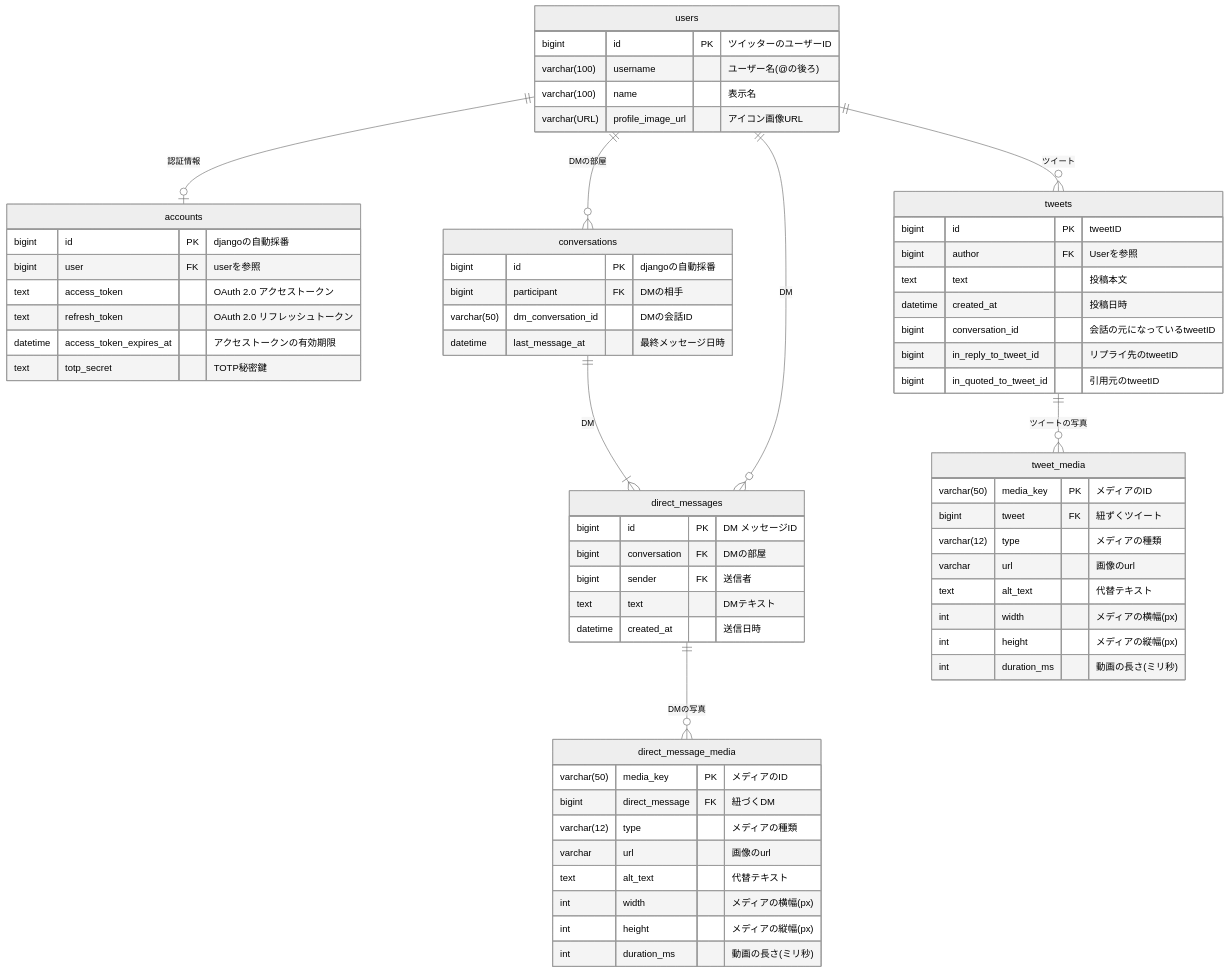
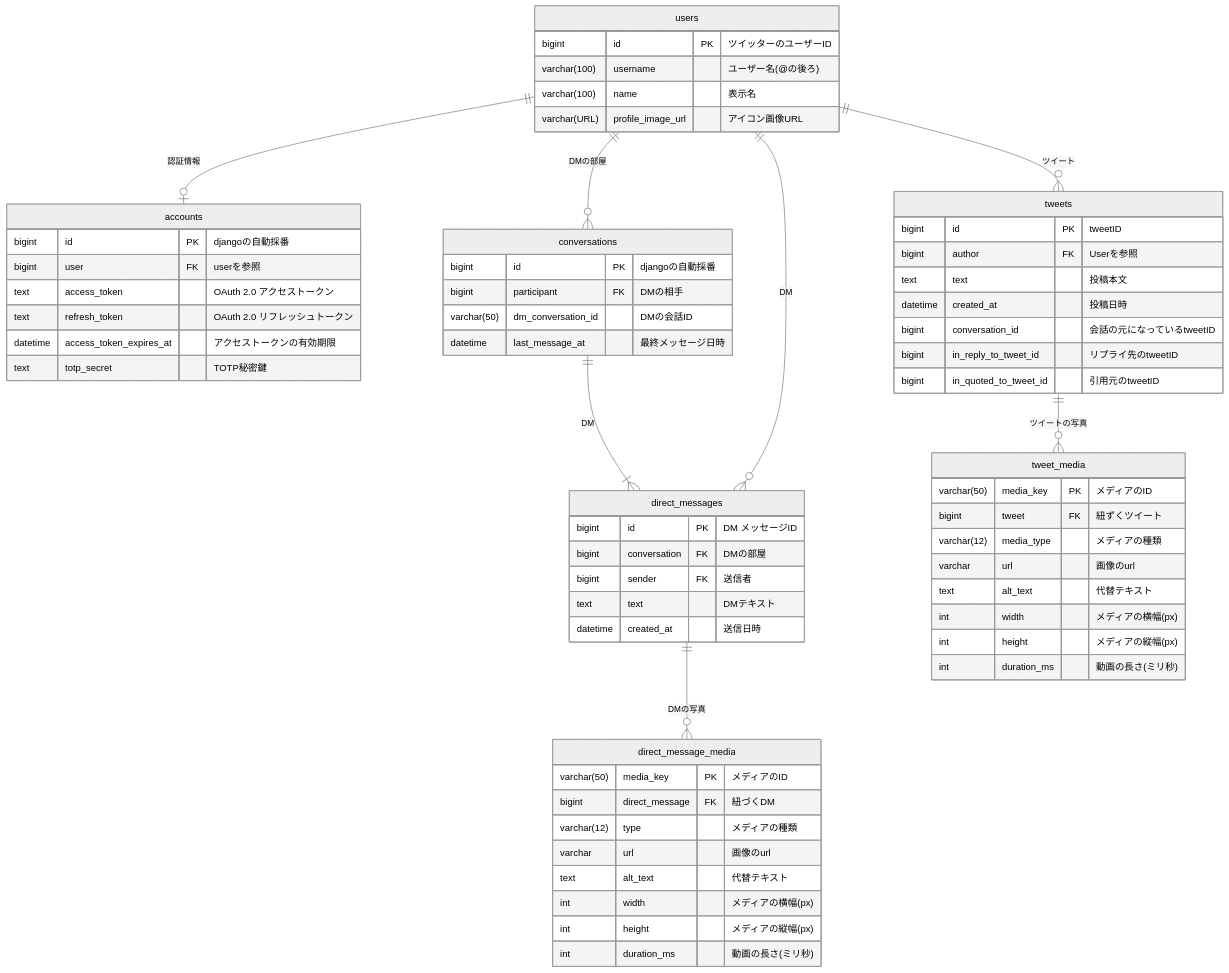
One commit to Akeno-p/nofeed-twitter changed the diagram in docs/design/databese.md. Above: the diagram before and after it, drawn with Mermaid (neutral theme). The commit also changed other lines of this file and 39 other files, not shown here.

````diff
--- a/docs/design/databese.md
+++ b/docs/design/databese.md
@@ -17,73 +18,73 @@
 ```mermaid
 erDiagram
     users ||--o| accounts : "認証情報"
     users ||--o{ tweets:"ツイート"
     users ||--o{ conversations:"DMの部屋"
     conversations||--|{ direct_messages:"DM"
     users ||--o{ direct_messages:"DM"
     tweets ||--o{ tweet_media:"ツイートの写真"
     direct_messages||--o{ direct_message_media:"DMの写真"
 
 users{
     bigint id PK "ツイッターのユーザーID"
     varchar(100) username "ユーザー名(@の後ろ)"
     varchar(100) name "表示名"
     varchar(URL) profile_image_url "アイコン画像URL"
 }
 
 accounts{
     bigint id PK "djangoの自動採番"
     bigint user FK "userを参照"
     text access_token "OAuth 2.0 アクセストークン"
     text refresh_token "OAuth 2.0 リフレッシュトークン"
     datetime access_token_expires_at "アクセストークンの有効期限"
     text totp_secret "TOTP秘密鍵"
 }
 
 tweets{
     bigint id PK "tweetID"
     bigint author FK "Userを参照"
     text text "投稿本文"
     datetime created_at "投稿日時"
     bigint conversation_id "会話の元になっているtweetID"
     bigint in_reply_to_tweet_id "リプライ先のtweetID"
     bigint in_quoted_to_tweet_id "引用元のtweetID"
     }
 
 conversations{
     bigint id PK "djangoの自動採番"
     bigint participant FK "DMの相手"
     varchar(50) dm_conversation_id "DMの会話ID"
     datetime last_message_at "最終メッセージ日時"
 }
 
 direct_messages{
     bigint id PK "DM メッセージID"
     bigint conversation FK "DMの部屋"
     bigint sender FK "送信者"
     text text "DMテキスト"
     datetime created_at "送信日時"
 }
 
 tweet_media{
     varchar(50) media_key PK "メディアのID"
     bigint tweet FK "紐ずくツイート"
-    varchar(12) type "メディアの種類"
+    varchar(12) media_type "メディアの種類"
     varchar url "画像のurl"
     text alt_text "代替テキスト"
     int width "メディアの横幅(px)"
     int height "メディアの縦幅(px)"
     int duration_ms "動画の長さ(ミリ秒)"
 }
 
 direct_message_media{
     varchar(50) media_key PK "メディアのID"
     bigint direct_message FK "紐づくDM"
     varchar(12) type "メディアの種類"
     varchar url "画像のurl"
     text alt_text "代替テキスト"
     int width "メディアの横幅(px)"
     int height "メディアの縦幅(px)"
     int duration_ms "動画の長さ(ミリ秒)"
 }
 ```
````
